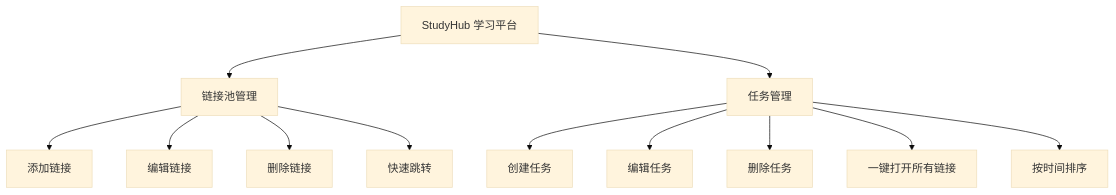
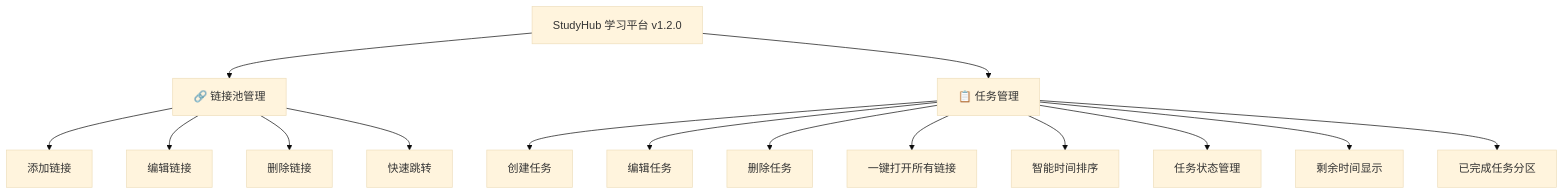
One commit to creator-chb/StudyHub changed the diagram in README.md. Above: the diagram before and after it, drawn with Mermaid (base theme). The commit also changed other lines of this file and 3 other files, not shown here.

````diff
--- a/README.md
+++ b/README.md
@@ -92,14 +96,17 @@
 ```mermaid
 graph TD
-    A[StudyHub 学习平台] --> B[链接池管理]
-    A --> C[任务管理]
+    A[StudyHub 学习平台 v1.2.0] --> B[🔗 链接池管理]
+    A --> C[📋 任务管理]
     B --> B1[添加链接]
     B --> B2[编辑链接]
     B --> B3[删除链接]
     B --> B4[快速跳转]
     C --> C1[创建任务]
     C --> C2[编辑任务]
     C --> C3[删除任务]
     C --> C4[一键打开所有链接]
-    C --> C5[按时间排序]
+    C --> C5[智能时间排序]
+    C --> C6[任务状态管理]
+    C --> C7[剩余时间显示]
+    C --> C8[已完成任务分区]
 ```
````
